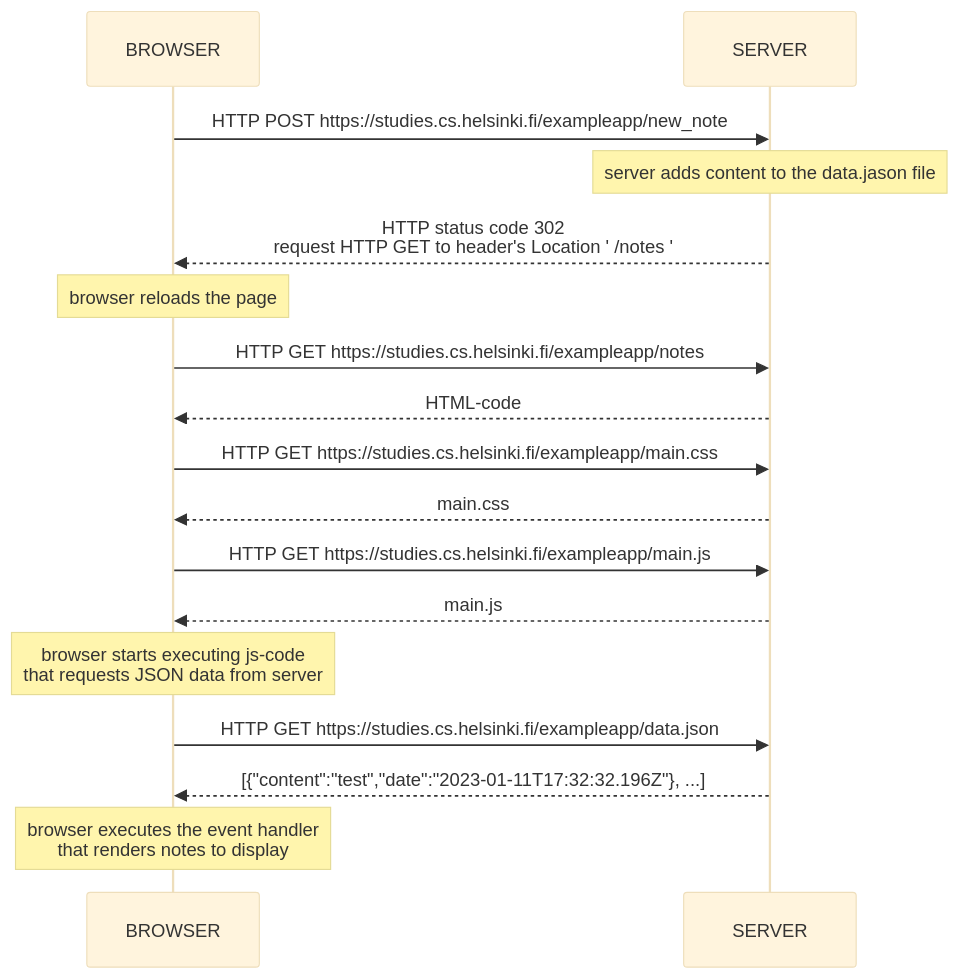
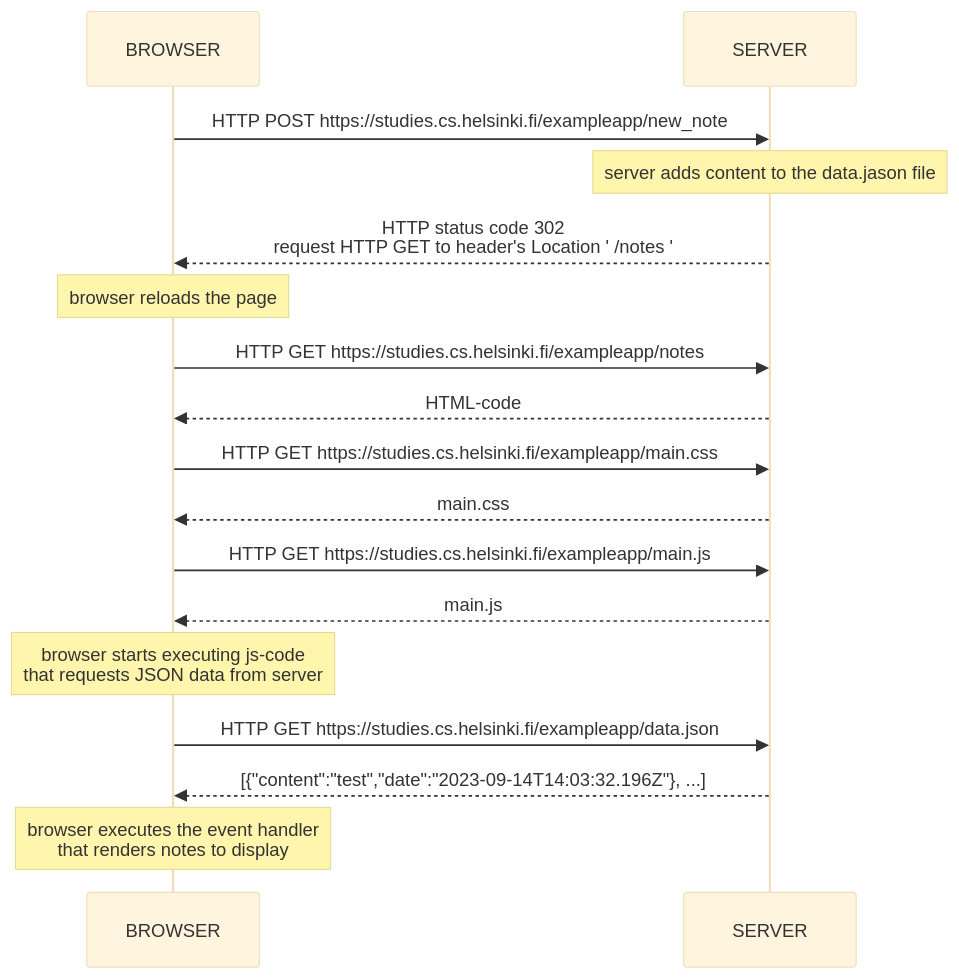
One commit to OVCZAR/Zawodowy changed the diagram in Folder/0.4.md. Above: the diagram before and after it, drawn with Mermaid (base theme).

````diff
--- a/Folder/0.4.md
+++ b/Folder/0.4.md
@@ -1,23 +1,23 @@
 ```mermaid
 sequenceDiagram
 
     BROWSER->>SERVER: HTTP POST https://studies.cs.helsinki.fi/exampleapp/new_note
     Note over SERVER: server adds content to the data.jason file
     SERVER-->>BROWSER: HTTP status code 302 <br> request HTTP GET to header's Location ' /notes '
     Note over BROWSER: browser reloads the page
     BROWSER->>SERVER: HTTP GET https://studies.cs.helsinki.fi/exampleapp/notes
     SERVER-->>BROWSER: HTML-code
     BROWSER->>SERVER: HTTP GET https://studies.cs.helsinki.fi/exampleapp/main.css
     SERVER-->>BROWSER: main.css
     BROWSER->>SERVER: HTTP GET https://studies.cs.helsinki.fi/exampleapp/main.js
     SERVER-->>BROWSER: main.js
 
     Note over BROWSER: browser starts executing js-code <br> that requests JSON data from server 
 
     BROWSER->>SERVER: HTTP GET https://studies.cs.helsinki.fi/exampleapp/data.json
-    SERVER-->>BROWSER: [{"content":"test","date":"2023-01-11T17:32:32.196Z"}, ...]
+    SERVER-->>BROWSER: [{"content":"test","date":"2023-09-14T14:03:32.196Z"}, ...]
 
     note over BROWSER: browser executes the event handler <br> that renders notes to display
 
 
 ```
````
